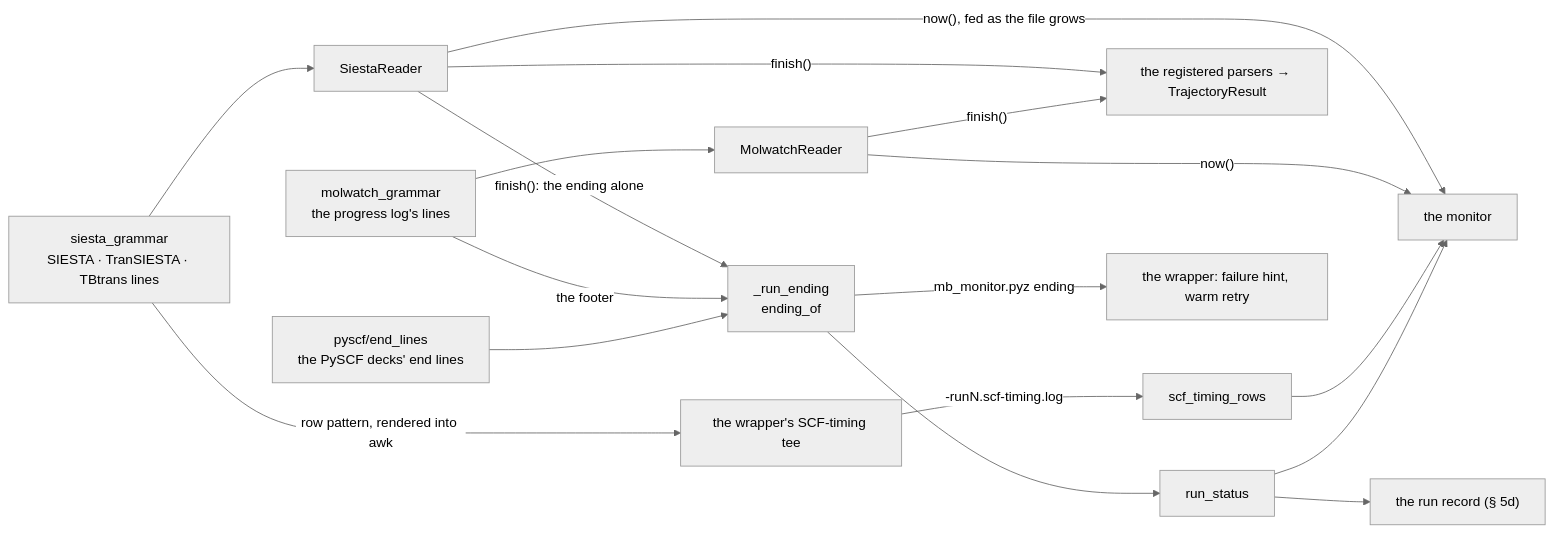
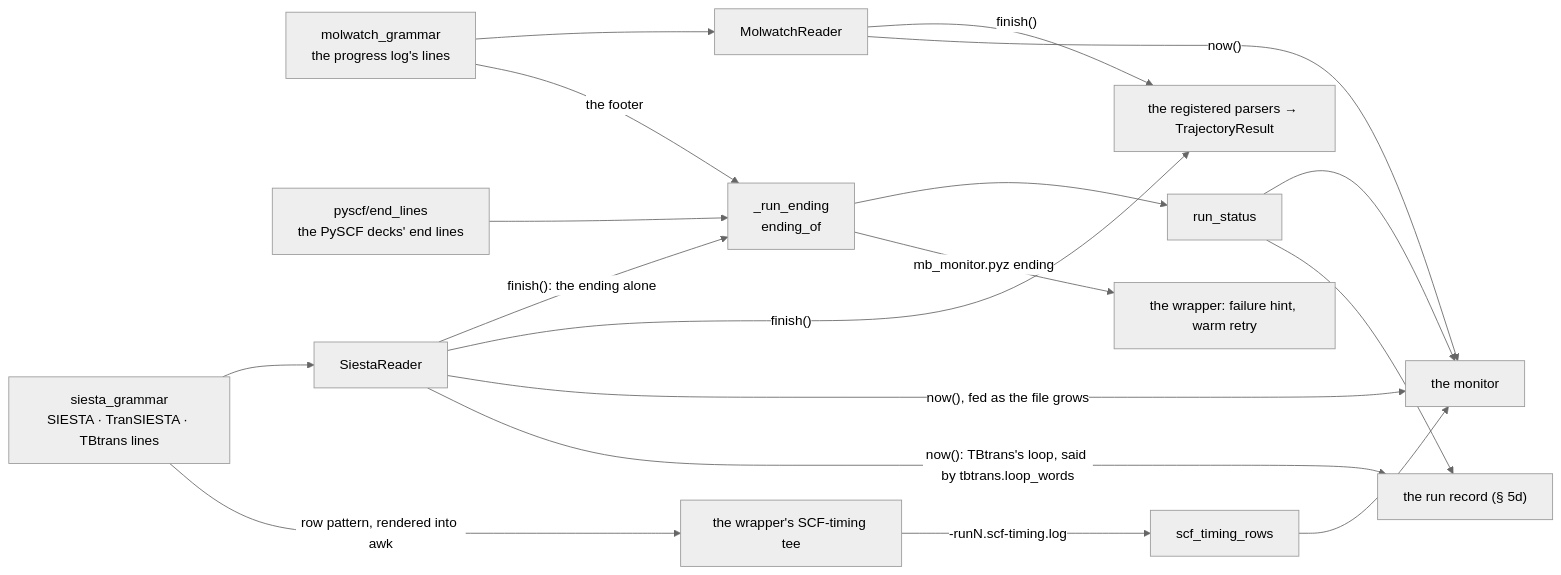
Before and after one commit to Qing-LAB/molbuilder: the third of 5 diagrams in docs/model/parse.md, drawn with Mermaid (neutral theme). The commit also changed other lines of this file and 77 other files, not shown here.

````diff
--- a/docs/model/parse.md
+++ b/docs/model/parse.md
@@ -551,26 +558,27 @@
 ```mermaid
 flowchart LR
     SG["siesta_grammar<br/>SIESTA · TranSIESTA · TBtrans lines"]
     MG["molwatch_grammar<br/>the progress log's lines"]
     EL["pyscf/end_lines<br/>the PySCF decks' end lines"]
     SR["SiestaReader"]
     MR["MolwatchReader"]
     RE["_run_ending<br/>ending_of"]
     TR["scf_timing_rows"]
     SG --> SR
     MG --> MR
     SR -->|"finish(): the ending alone"| RE
     MG -->|"the footer"| RE
     EL --> RE
     SG -->|"row pattern, rendered into awk"| TEE["the wrapper's SCF-timing tee"]
     TEE -->|"-runN.scf-timing.log"| TR
     SR -->|"finish()"| PA["the registered parsers → TrajectoryResult"]
     MR -->|"finish()"| PA
     SR -->|"now(), fed as the file grows"| MON["the monitor"]
+    SR -->|"now(): TBtrans's loop, said by tbtrans.loop_words"| REC
     MR -->|"now()"| MON
     TR --> MON
     RE --> RS["run_status"]
     RS --> MON
     RS --> REC["the run record (§ 5d)"]
     RE -->|"mb_monitor.pyz ending"| WR["the wrapper: failure hint, warm retry"]
 ```
````
